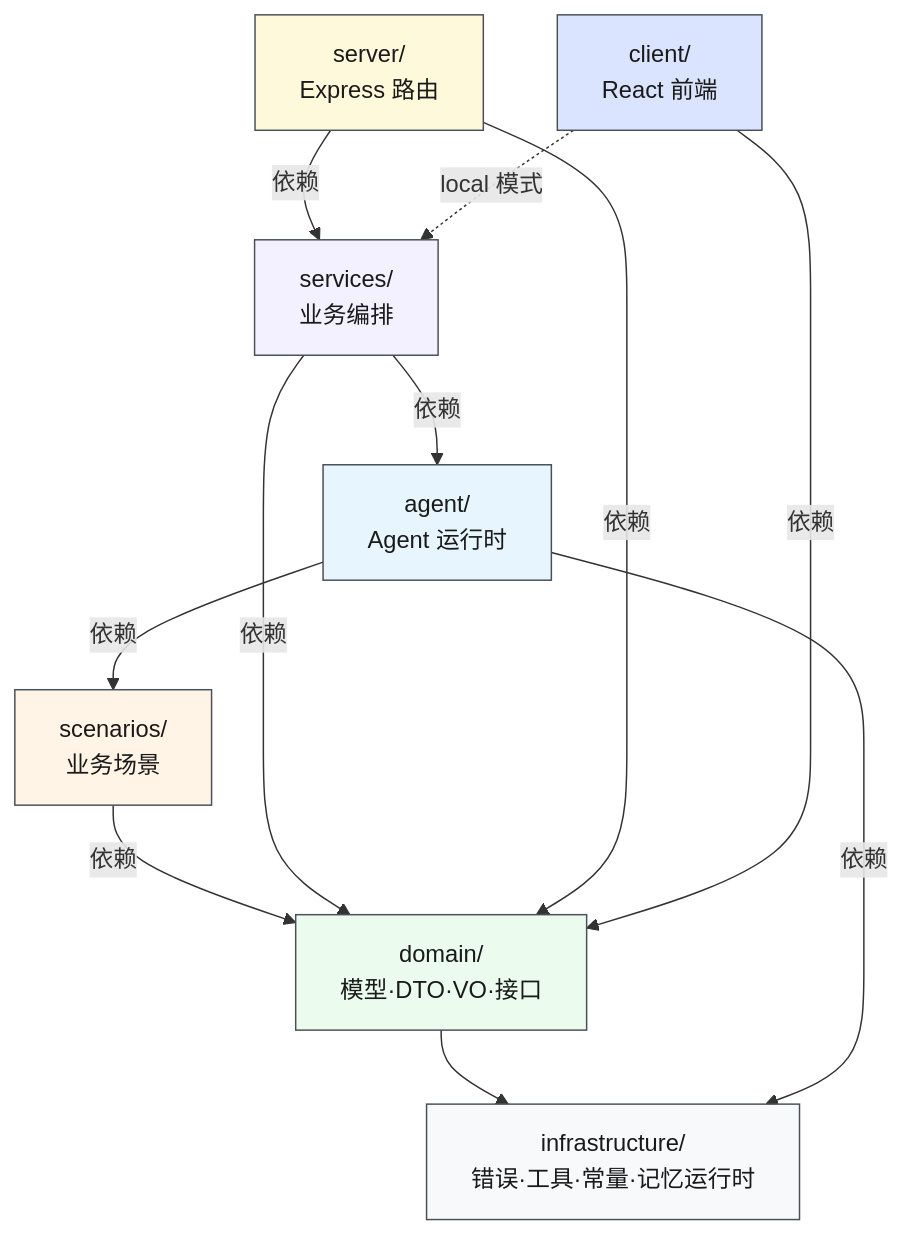
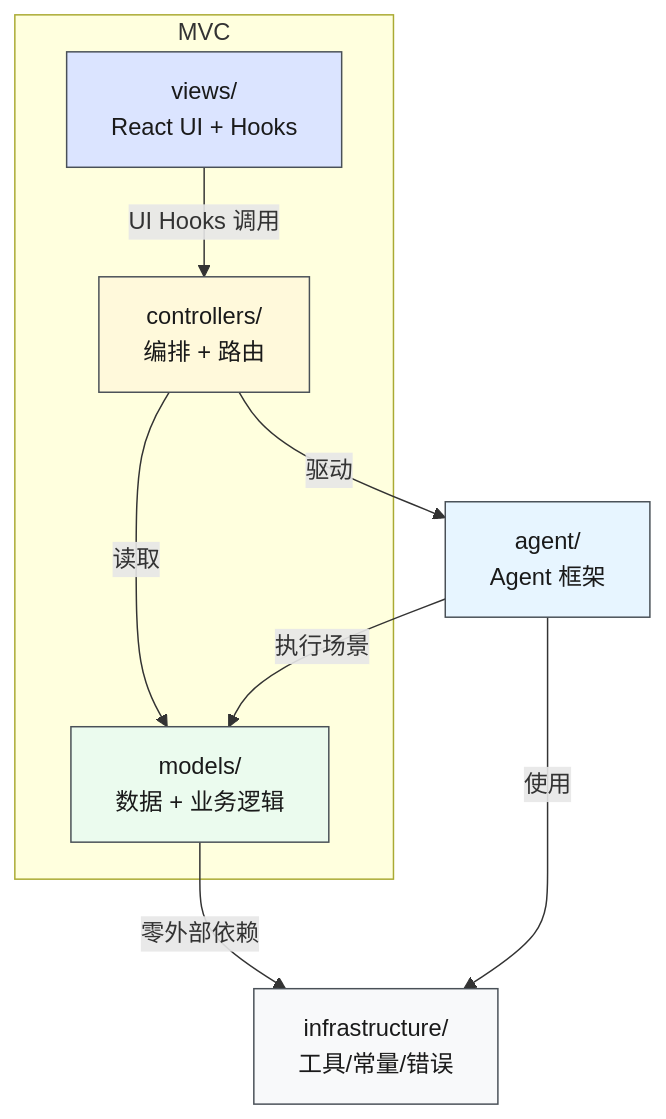
The second of 7 diagrams in src/CLAUDE.md (yjzaaa/leave-approval-agent), drawn with Mermaid before and after one commit. The commit also changed other lines of this file and 126 other files, not shown here.

First line of the commit message:
refactor: MVC 全栈重组 — client/server/domain/scenarios → views/controllers/models

````diff
--- a/src/CLAUDE.md
+++ b/src/CLAUDE.md
@@ -113,29 +119,23 @@
 ```mermaid
 graph TD
-    Domain["domain/<br/>模型·DTO·VO·接口"]
-    Infra["infrastructure/<br/>错误·工具·常量·记忆运行时"]
-    Agent["agent/<br/>Agent 运行时"]
-    Scenarios["scenarios/<br/>业务场景"]
-    Services["services/<br/>业务编排"]
-    Server["server/<br/>Express 路由"]
-    Client["client/<br/>React 前端"]
+    subgraph MVC
+        View["views/<br/>React UI + Hooks"]
+        Controller["controllers/<br/>编排 + 路由"]
+        Model["models/<br/>数据 + 业务逻辑"]
+    end
+    Agent["agent/<br/>Agent 框架"]
+    Infra["infrastructure/<br/>工具/常量/错误"]
 
-    Domain --> Infra
-    Server -->|"依赖"| Services
-    Services -->|"依赖"| Agent
-    Agent -->|"依赖"| Scenarios
-    Agent -->|"依赖"| Infra
-    Scenarios -->|"依赖"| Domain
-    Services -->|"依赖"| Domain
-    Server -->|"依赖"| Domain
-    Client -->|"依赖"| Domain
-    Client -.->|"local 模式"| Services
+    View -->|"UI Hooks 调用"| Controller
+    Controller -->|"读取"| Model
+    Controller -->|"驱动"| Agent
+    Agent -->|"执行场景"| Model
+    Agent -->|"使用"| Infra
+    Model -->|"零外部依赖"| Infra
 
-    style Domain fill:#ebfbee,stroke:#495057,color:#1a1a1a
+    style View fill:#dbe4ff,stroke:#495057,color:#1a1a1a
+    style Controller fill:#fff9db,stroke:#495057,color:#1a1a1a
+    style Model fill:#ebfbee,stroke:#495057,color:#1a1a1a
+    style Agent fill:#e7f5ff,stroke:#495057,color:#1a1a1a
     style Infra fill:#f8f9fa,stroke:#495057,color:#1a1a1a
-    style Services fill:#f3f0ff,stroke:#495057,color:#1a1a1a
-    style Agent fill:#e7f5ff,stroke:#495057,color:#1a1a1a
-    style Scenarios fill:#fff4e6,stroke:#495057,color:#1a1a1a
-    style Server fill:#fff9db,stroke:#495057,color:#1a1a1a
-    style Client fill:#dbe4ff,stroke:#495057,color:#1a1a1a
 ```
````
